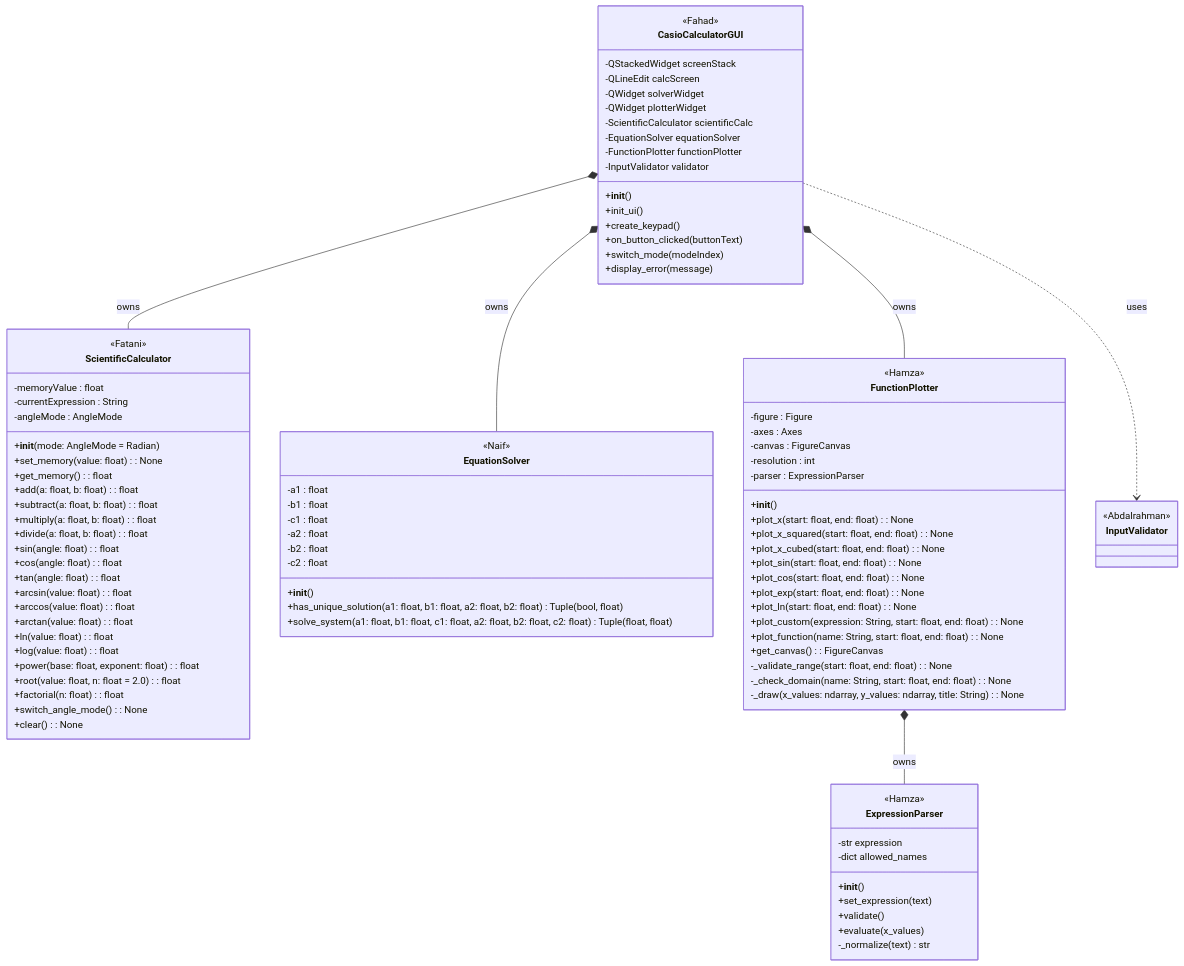
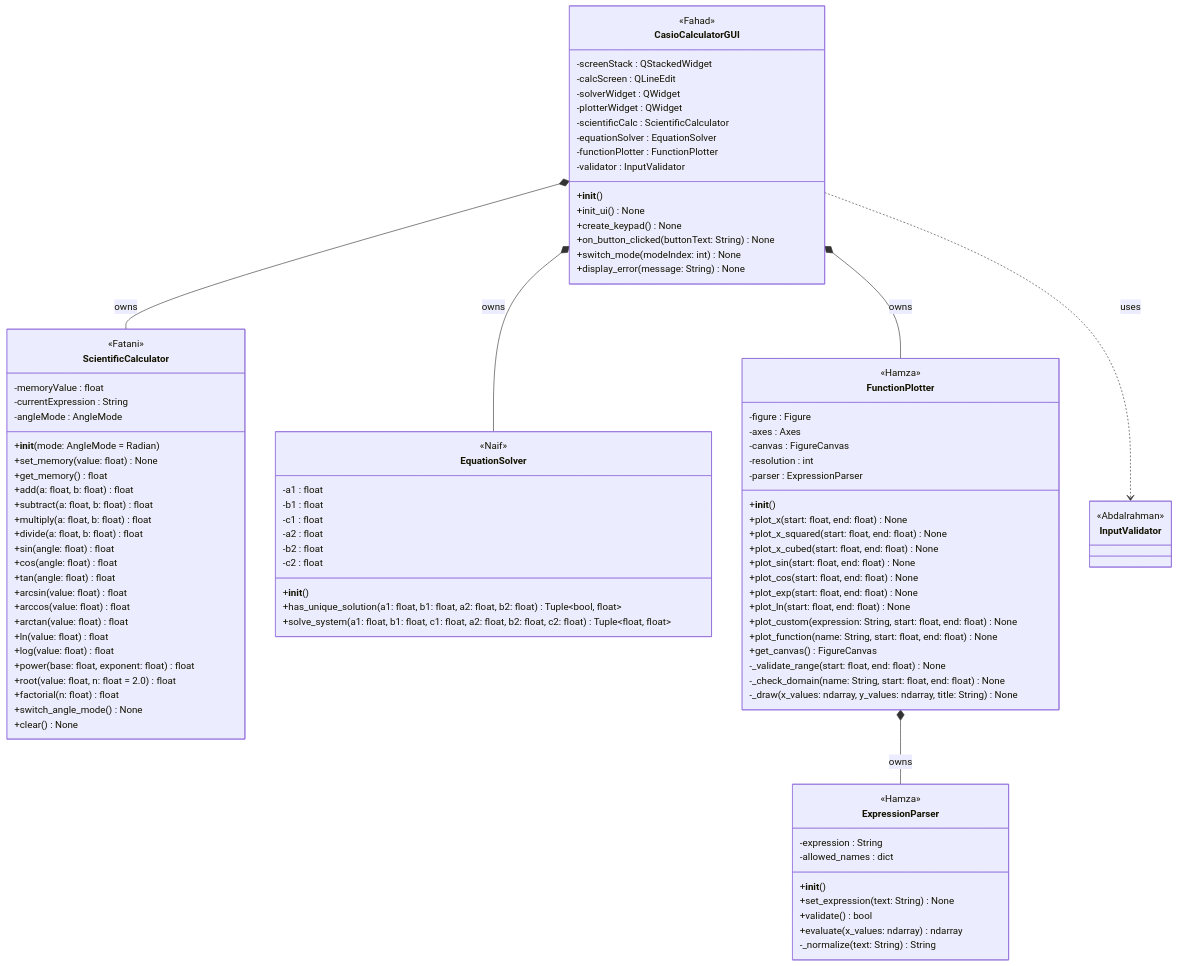
Before and after one commit to KAU-EE202-Projects/Scientific-Calculator: the diagram in docs/UML_v1.md, drawn with Mermaid. The commit also changed other lines of this file, not shown here.

Commit message:
Refactor UML Class Diagram for clarity and details

```diff
--- a/docs/UML_v1.md
+++ b/docs/UML_v1.md
@@ -9,20 +7,20 @@
 
 class CasioCalculatorGUI {
     <<Fahad>>
-    -QStackedWidget screenStack
-    -QLineEdit calcScreen
-    -QWidget solverWidget
-    -QWidget plotterWidget
-    -ScientificCalculator scientificCalc
-    -EquationSolver equationSolver
-    -FunctionPlotter functionPlotter
-    -InputValidator validator
+    -screenStack : QStackedWidget
+    -calcScreen : QLineEdit
+    -solverWidget : QWidget
+    -plotterWidget : QWidget
+    -scientificCalc : ScientificCalculator
+    -equationSolver : EquationSolver
+    -functionPlotter : FunctionPlotter
+    -validator : InputValidator
     +__init__()
-    +init_ui()
-    +create_keypad()
-    +on_button_clicked(buttonText)
-    +switch_mode(modeIndex)
-    +display_error(message)
+    +init_ui() None
+    +create_keypad() None
+    +on_button_clicked(buttonText: String) None
+    +switch_mode(modeIndex: int) None
+    +display_error(message: String) None
 }
 
 class ScientificCalculator {
@@ -31,25 +29,25 @@
     -currentExpression : String
     -angleMode : AngleMode
     +__init__(mode: AngleMode = Radian)
-    +set_memory(value: float) : None
-    +get_memory() : float
-    +add(a: float, b: float) : float
-    +subtract(a: float, b: float) : float
-    +multiply(a: float, b: float) : float
-    +divide(a: float, b: float) : float
-    +sin(angle: float) : float
-    +cos(angle: float) : float
-    +tan(angle: float) : float
-    +arcsin(value: float) : float
-    +arccos(value: float) : float
-    +arctan(value: float) : float
-    +ln(value: float) : float
-    +log(value: float) : float
-    +power(base: float, exponent: float) : float
-    +root(value: float, n: float = 2.0) : float
-    +factorial(n: float) : float
-    +switch_angle_mode() : None
-    +clear() : None
+    +set_memory(value: float) None
+    +get_memory() float
+    +add(a: float, b: float) float
+    +subtract(a: float, b: float) float
+    +multiply(a: float, b: float) float
+    +divide(a: float, b: float) float
+    +sin(angle: float) float
+    +cos(angle: float) float
+    +tan(angle: float) float
+    +arcsin(value: float) float
+    +arccos(value: float) float
+    +arctan(value: float) float
+    +ln(value: float) float
+    +log(value: float) float
+    +power(base: float, exponent: float) float
+    +root(value: float, n: float = 2.0) float
+    +factorial(n: float) float
+    +switch_angle_mode() None
+    +clear() None
 }
 
 class EquationSolver {
@@ -61,8 +59,8 @@
     -b2 : float
     -c2 : float
     +__init__()
-    +has_unique_solution(a1: float, b1: float, a2: float, b2: float) : Tuple(bool, float)
-    +solve_system(a1: float, b1: float, c1: float, a2: float, b2: float, c2: float) : Tuple(float, float)
+    +has_unique_solution(a1: float, b1: float, a2: float, b2: float) Tuple~bool, float~
+    +solve_system(a1: float, b1: float, c1: float, a2: float, b2: float, c2: float) Tuple~float, float~
 }
 
 class FunctionPlotter {
@@ -73,30 +71,30 @@
     -resolution : int
     -parser : ExpressionParser
     +__init__()
-    +plot_x(start: float, end: float) : None
-    +plot_x_squared(start: float, end: float) : None
-    +plot_x_cubed(start: float, end: float) : None
-    +plot_sin(start: float, end: float) : None
-    +plot_cos(start: float, end: float) : None
-    +plot_exp(start: float, end: float) : None
-    +plot_ln(start: float, end: float) : None
-    +plot_custom(expression: String, start: float, end: float) : None
-    +plot_function(name: String, start: float, end: float) : None
-    +get_canvas() : FigureCanvas
-    -_validate_range(start: float, end: float) : None
-    -_check_domain(name: String, start: float, end: float) : None
-    -_draw(x_values: ndarray, y_values: ndarray, title: String) : None
+    +plot_x(start: float, end: float) None
+    +plot_x_squared(start: float, end: float) None
+    +plot_x_cubed(start: float, end: float) None
+    +plot_sin(start: float, end: float) None
+    +plot_cos(start: float, end: float) None
+    +plot_exp(start: float, end: float) None
+    +plot_ln(start: float, end: float) None
+    +plot_custom(expression: String, start: float, end: float) None
+    +plot_function(name: String, start: float, end: float) None
+    +get_canvas() FigureCanvas
+    -_validate_range(start: float, end: float) None
+    -_check_domain(name: String, start: float, end: float) None
+    -_draw(x_values: ndarray, y_values: ndarray, title: String) None
 }
 
 class ExpressionParser {
     <<Hamza>>
-    -str expression
-    -dict allowed_names
+    -expression : String
+    -allowed_names : dict
     +__init__()
-    +set_expression(text)
-    +validate()
-    +evaluate(x_values)
-    -_normalize(text) str
+    +set_expression(text: String) None
+    +validate() bool
+    +evaluate(x_values: ndarray) ndarray
+    -_normalize(text: String) String
 }
 
 class InputValidator {
```
